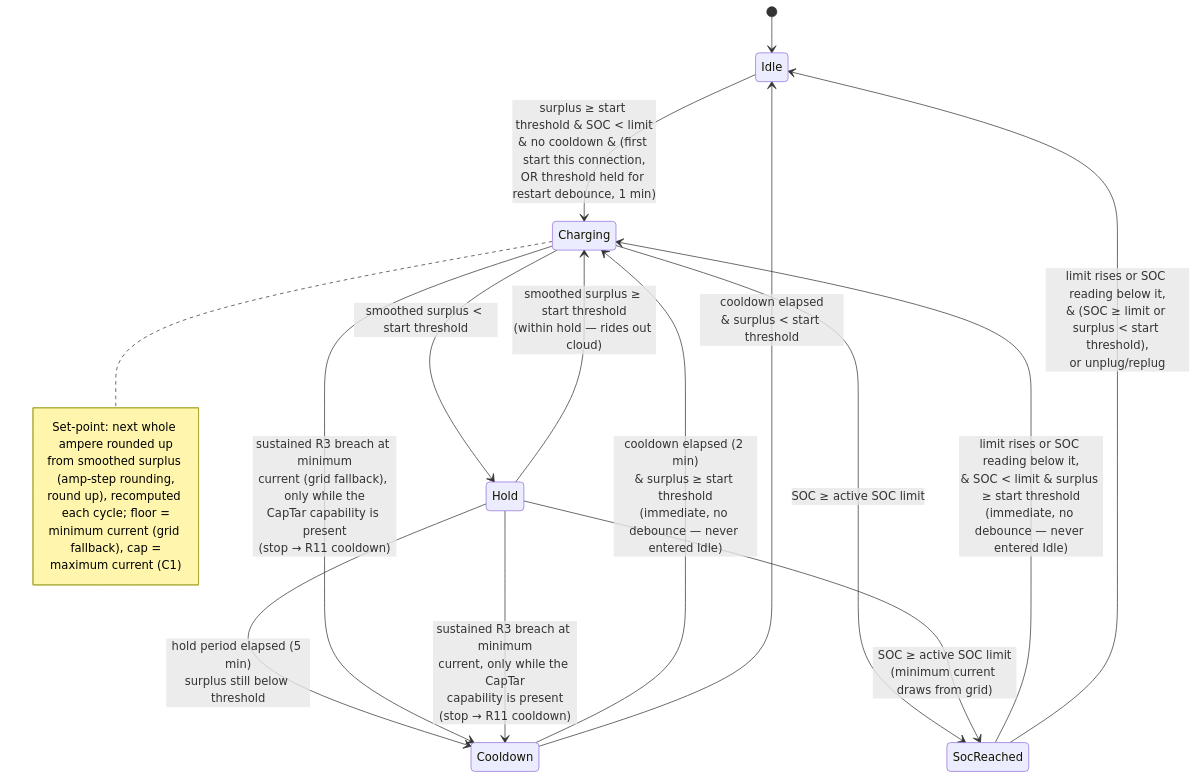
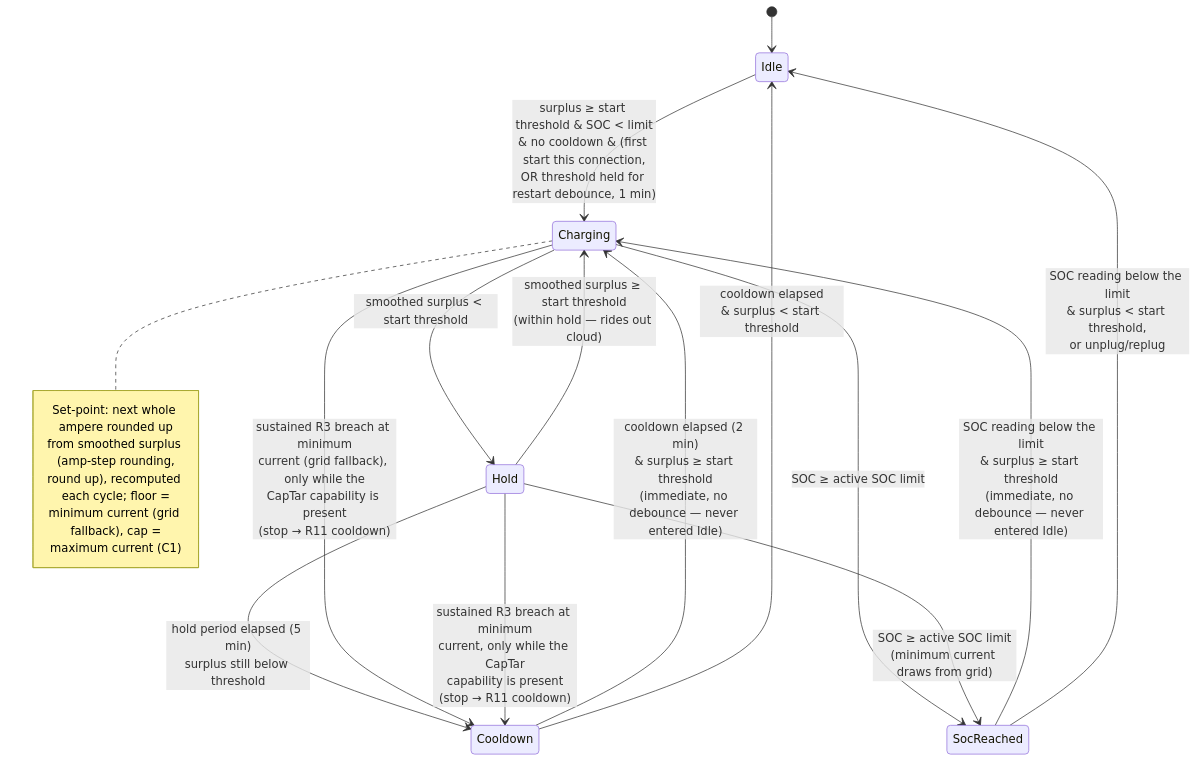
Before and after one commit to kristofdegrave/homeassistant-smart-charging: the diagram in docs/analysis/use-cases/UC01-charge-from-solar-surplus.md, drawn with Mermaid. The commit also changed other lines of this file and 4 other files, not shown here.

````diff
--- a/docs/analysis/use-cases/UC01-charge-from-solar-surplus.md
+++ b/docs/analysis/use-cases/UC01-charge-from-solar-surplus.md
@@ -146,23 +146,23 @@
 ```mermaid
 stateDiagram-v2
     [*] --> Idle
     Idle --> Charging: surplus ≥ start threshold & SOC < limit<br/>& no cooldown & (first start this connection,<br/>OR threshold held for restart debounce, 1 min)
     Charging --> Hold: smoothed surplus < start threshold
     Hold --> Charging: smoothed surplus ≥ start threshold<br/>(within hold — rides out cloud)
     Hold --> Cooldown: hold period elapsed (5 min)<br/>surplus still below threshold
     Charging --> Cooldown: sustained R3 breach at minimum<br/>current (grid fallback), only while the<br/>CapTar capability is present<br/>(stop → R11 cooldown)
     Hold --> Cooldown: sustained R3 breach at minimum<br/>current, only while the CapTar<br/>capability is present<br/>(stop → R11 cooldown)
     Charging --> SocReached: SOC ≥ active SOC limit
     Hold --> SocReached: SOC ≥ active SOC limit<br/>(minimum current draws from grid)
     Cooldown --> Charging: cooldown elapsed (2 min)<br/>& surplus ≥ start threshold<br/>(immediate, no debounce — never entered Idle)
     Cooldown --> Idle: cooldown elapsed<br/>& surplus < start threshold
-    SocReached --> Charging: limit rises or SOC reading below it,<br/>& SOC < limit & surplus ≥ start threshold<br/>(immediate, no debounce — never entered Idle)
-    SocReached --> Idle: limit rises or SOC reading below it,<br/>& (SOC ≥ limit or surplus < start threshold),<br/>or unplug/replug
+    SocReached --> Charging: SOC reading below the limit<br/>& surplus ≥ start threshold<br/>(immediate, no debounce — never entered Idle)
+    SocReached --> Idle: SOC reading below the limit<br/>& surplus < start threshold,<br/>or unplug/replug
     note right of Charging
         Set-point: next whole ampere rounded up
         from smoothed surplus (amp-step rounding,
         round up), recomputed each cycle; floor =
         minimum current (grid fallback), cap =
         maximum current (C1)
     end note
 ```
````
